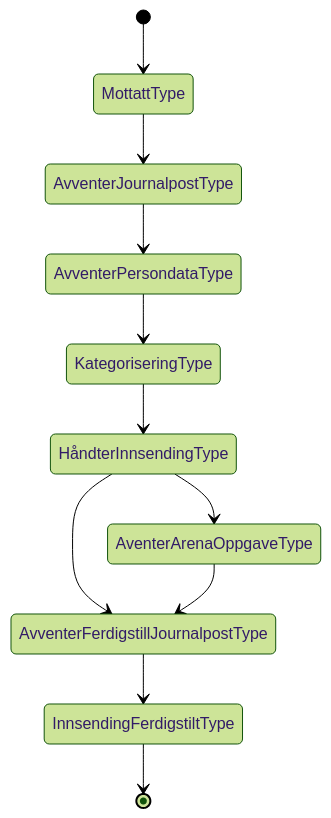
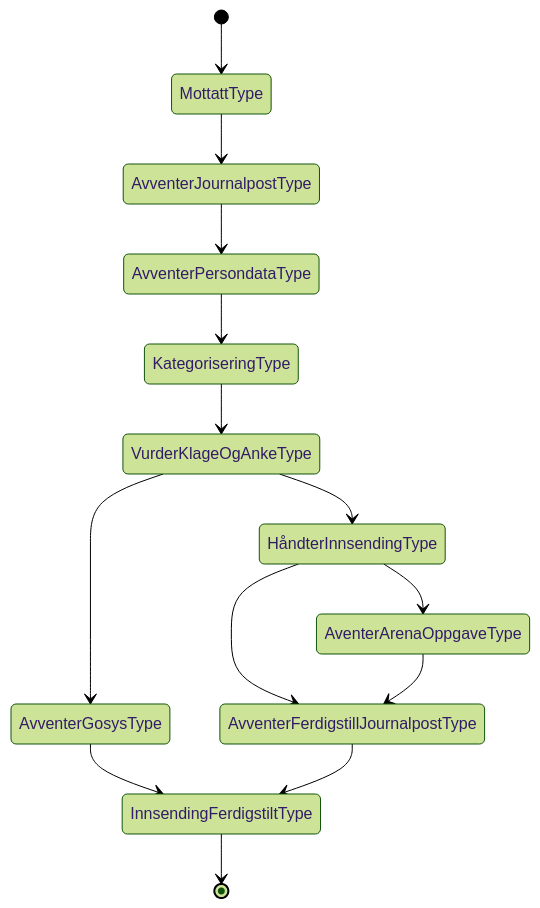
One commit to navikt/dp-mottak changed the diagram in docs/arkitektur/tilstander/NAV 90-00.08.approved.md. Above: the diagram before and after it, drawn with Mermaid (forest theme). The commit also changed 9 other files, not shown here.

First line of the commit message:
Klage/anke rutes til journalførende enhet i Gosys

````diff
--- a/docs/arkitektur/tilstander/NAV 90-00.08.approved.md
+++ b/docs/arkitektur/tilstander/NAV 90-00.08.approved.md
@@ -3,13 +3,16 @@
 ```mermaid
    stateDiagram
    [*]-->MottattType
    	MottattType --> AvventerJournalpostType
 	AvventerJournalpostType --> AvventerPersondataType
 	AvventerPersondataType --> KategoriseringType
-	KategoriseringType --> HåndterInnsendingType
+	KategoriseringType --> VurderKlageOgAnkeType
+	VurderKlageOgAnkeType --> HåndterInnsendingType
+	VurderKlageOgAnkeType --> AvventerGosysType
+	AvventerGosysType --> InnsendingFerdigstiltType
     HåndterInnsendingType --> AventerArenaOppgaveType
     HåndterInnsendingType --> AvventerFerdigstillJournalpostType
     AventerArenaOppgaveType --> AvventerFerdigstillJournalpostType
 	AvventerFerdigstillJournalpostType --> InnsendingFerdigstiltType
    InnsendingFerdigstiltType--> [*]    
 ```
````
